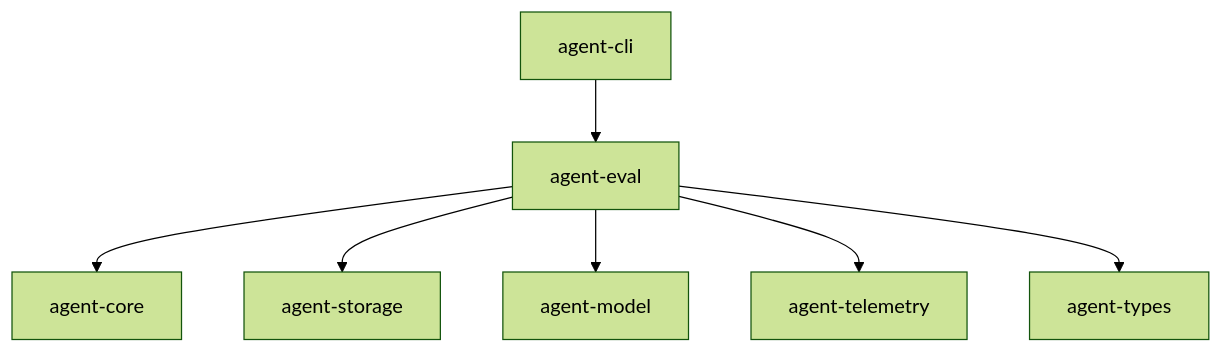
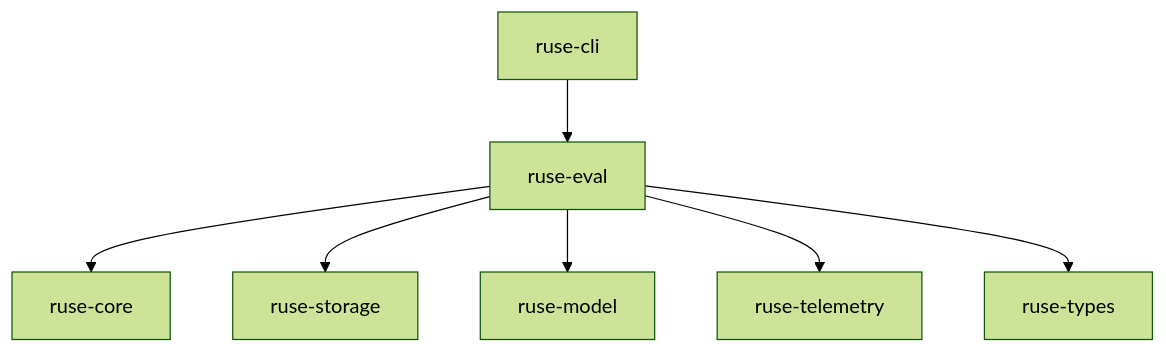
The diagram in docs/specs/M27-00-runtime-evaluation-technical-design.spec.md (poneding/agent), drawn with Mermaid (forest theme) before and after one commit. The commit also changed other lines of this file and 2091 other files, not shown here.

First line of the commit message:
refactor: rename agent branding to ruse

````diff
--- a/docs/specs/M27-00-runtime-evaluation-technical-design.spec.md
+++ b/docs/specs/M27-00-runtime-evaluation-technical-design.spec.md
@@ -33,9 +33,9 @@
 ```mermaid
 flowchart TD
-  Eval["agent-eval"] --> Core["agent-core"]
-  Eval --> Storage["agent-storage"]
-  Eval --> Model["agent-model"]
-  Eval --> Telemetry["agent-telemetry"]
-  Eval --> Types["agent-types"]
-  CLI["agent-cli"] --> Eval
+  Eval["ruse-eval"] --> Core["ruse-core"]
+  Eval --> Storage["ruse-storage"]
+  Eval --> Model["ruse-model"]
+  Eval --> Telemetry["ruse-telemetry"]
+  Eval --> Types["ruse-types"]
+  CLI["ruse-cli"] --> Eval
 ```
````
